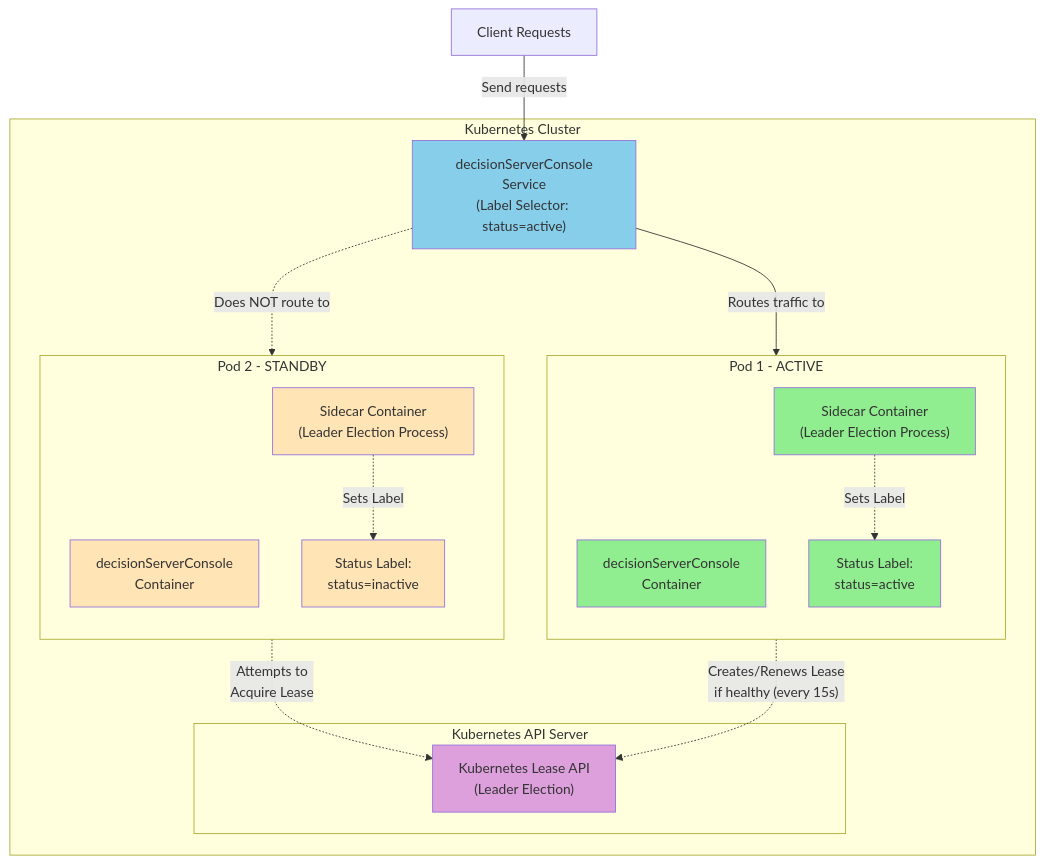
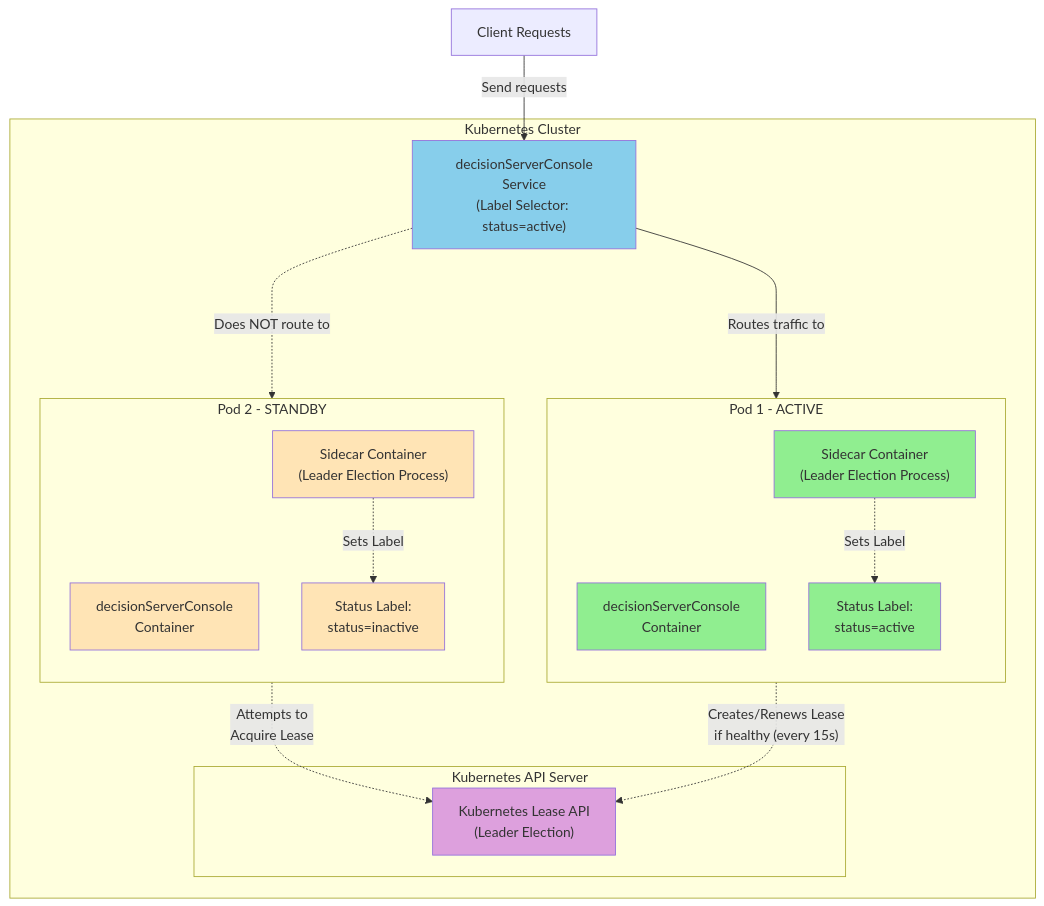
Before and after one commit to DecisionsDev/odm-docker-kubernetes: the diagram in contrib/HA-res-console/README.md, drawn with Mermaid.

````diff
--- a/contrib/HA-res-console/README.md
+++ b/contrib/HA-res-console/README.md
@@ -16,43 +16,43 @@
 ```mermaid
 graph TB
     subgraph "Kubernetes Cluster"
         subgraph "Kubernetes API Server"
             LeaseAPI["Kubernetes Lease API<br/>(Leader Election)"]
         end
         
         subgraph "Pod 1 - ACTIVE"
             direction TB
             DC1["decisionServerConsole<br/>Container"]
             SC1["Sidecar Container<br/>(Leader Election Process)"]
             Label1["Status Label:<br/>status=active"]
         end
         
         subgraph "Pod 2 - STANDBY"
             direction TB
             DC2["decisionServerConsole<br/>Container"]
             SC2["Sidecar Container<br/>(Leader Election Process)"]
             Label2["Status Label:<br/>status=inactive"]
         end
         
+        SC1 -.->|"Sets Label"| Label1
         SC1 -.->|"Creates/Renews Lease<br/>if healthy (every 15s)"| LeaseAPI
-        SC1 -.->|"Sets Label"| Label1
         SC2 -.->|"Attempts to<br/>Acquire Lease"| LeaseAPI
         SC2 -.->|"Sets Label"| Label2
         
         Service["decisionServerConsole<br/>Service<br/>(Label Selector: status=active)"]
         
-        Service --->|"Routes traffic to"| DC1
+        Service ---->|"Routes traffic to"| DC1
         Service -.->|"Does NOT route to"| DC2
     end
     
     Client["Client Requests"] -->|"Send requests"| Service
     
     style DC1 fill:#90EE90
     style SC1 fill:#90EE90
     style Label1 fill:#90EE90
     style DC2 fill:#FFE4B5
     style SC2 fill:#FFE4B5
     style Label2 fill:#FFE4B5
     style Service fill:#87CEEB
     style LeaseAPI fill:#DDA0DD
 ```
````
